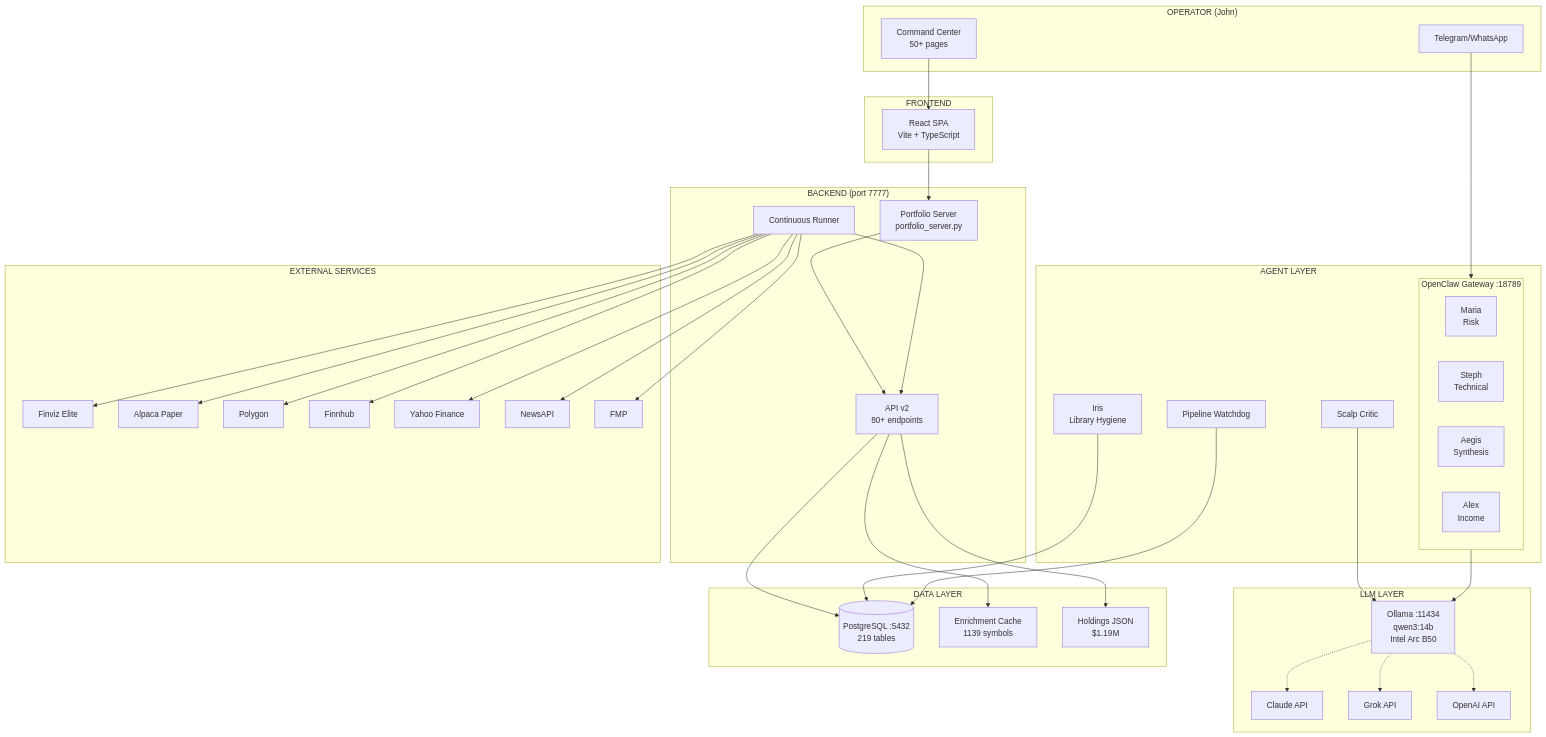
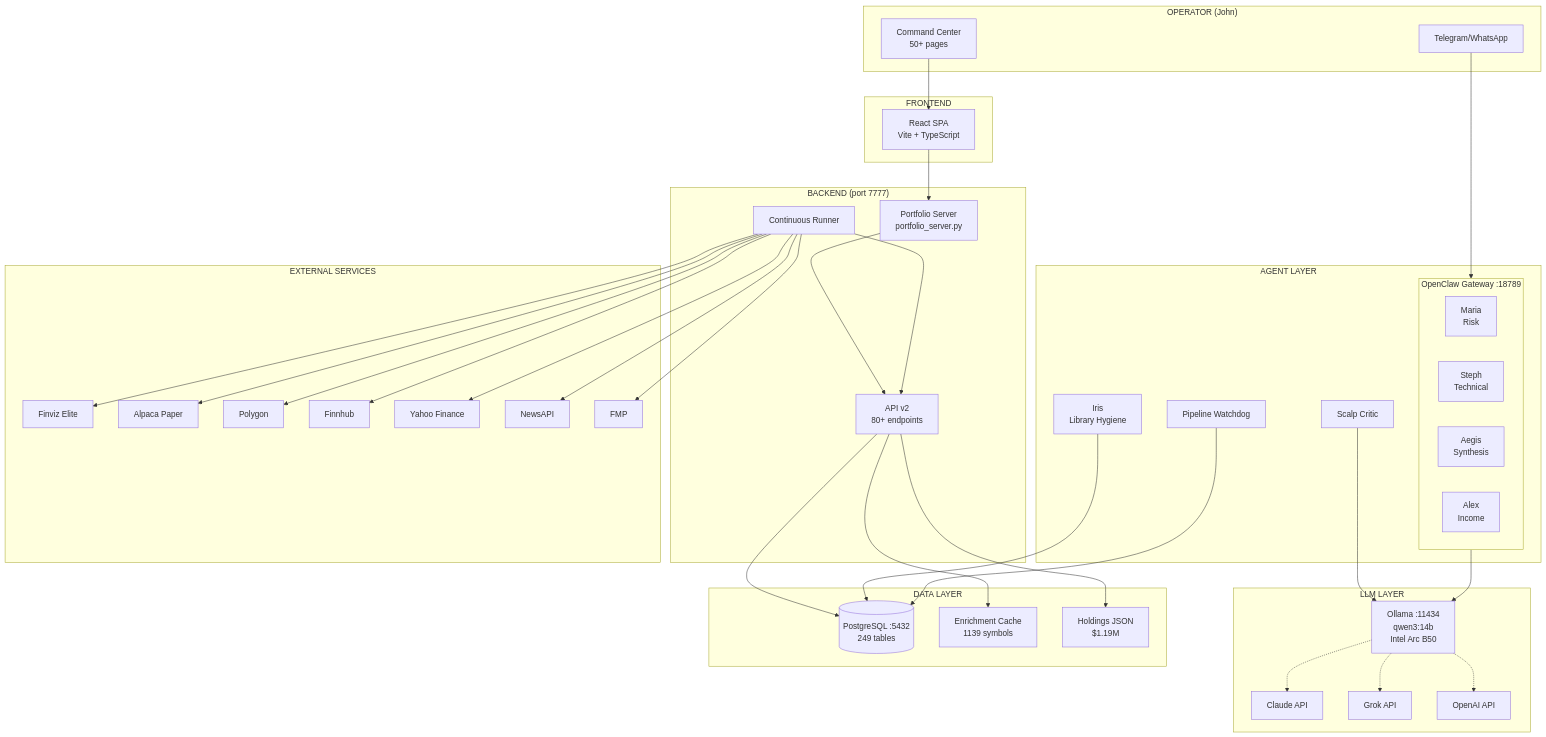
One commit to PatsKiller/tardeai changed the diagram in docs/diagrams/system_interaction_map.mmd. Above: the diagram before and after it, drawn with Mermaid. The commit also changed 8 other files, not shown here.

```diff
--- a/docs/diagrams/system_interaction_map.mmd
+++ b/docs/diagrams/system_interaction_map.mmd
@@ -1,76 +1,76 @@
 graph TB
     subgraph OPERATOR["OPERATOR (John)"]
         Browser[Command Center<br/>50+ pages]
         Telegram[Telegram/WhatsApp]
     end
 
     subgraph FRONTEND["FRONTEND"]
         SPA[React SPA<br/>Vite + TypeScript]
     end
 
     subgraph BACKEND["BACKEND (port 7777)"]
         Server[Portfolio Server<br/>portfolio_server.py]
         API[API v2<br/>80+ endpoints]
         Runner[Continuous Runner]
     end
 
     subgraph AGENTS["AGENT LAYER"]
         subgraph OpenClaw["OpenClaw Gateway :18789"]
             Maria[Maria<br/>Risk]
             Steph[Steph<br/>Technical]
             Aegis[Aegis<br/>Synthesis]
             Alex[Alex<br/>Income]
         end
         Iris[Iris<br/>Library Hygiene]
         Watchdog[Pipeline Watchdog]
         Critic[Scalp Critic]
     end
 
     subgraph LLM["LLM LAYER"]
         Ollama[Ollama :11434<br/>qwen3:14b<br/>Intel Arc B50]
         Claude[Claude API]
         Grok[Grok API]
         OpenAI[OpenAI API]
     end
 
     subgraph DATA["DATA LAYER"]
-        PG[(PostgreSQL :5432<br/>219 tables)]
+        PG[(PostgreSQL :5432<br/>249 tables)]
         Cache[Enrichment Cache<br/>1139 symbols]
         Holdings[Holdings JSON<br/>$1.19M]
     end
 
     subgraph EXTERNAL["EXTERNAL SERVICES"]
         Finviz[Finviz Elite]
         Alpaca[Alpaca Paper]
         Polygon[Polygon]
         Finnhub[Finnhub]
         Yahoo[Yahoo Finance]
         NewsAPI[NewsAPI]
         FMP[FMP]
     end
 
     Browser --> SPA
     Telegram --> OpenClaw
     SPA --> Server
     Server --> API
     API --> PG
     API --> Cache
     API --> Holdings
     Runner --> API
 
     OpenClaw --> Ollama
     Critic --> Ollama
     Iris --> PG
     Watchdog --> PG
 
     Ollama -.-> Claude
     Ollama -.-> Grok
     Ollama -.-> OpenAI
 
     Runner --> Finviz
     Runner --> Alpaca
     Runner --> Polygon
     Runner --> Finnhub
     Runner --> Yahoo
     Runner --> NewsAPI
     Runner --> FMP
```
